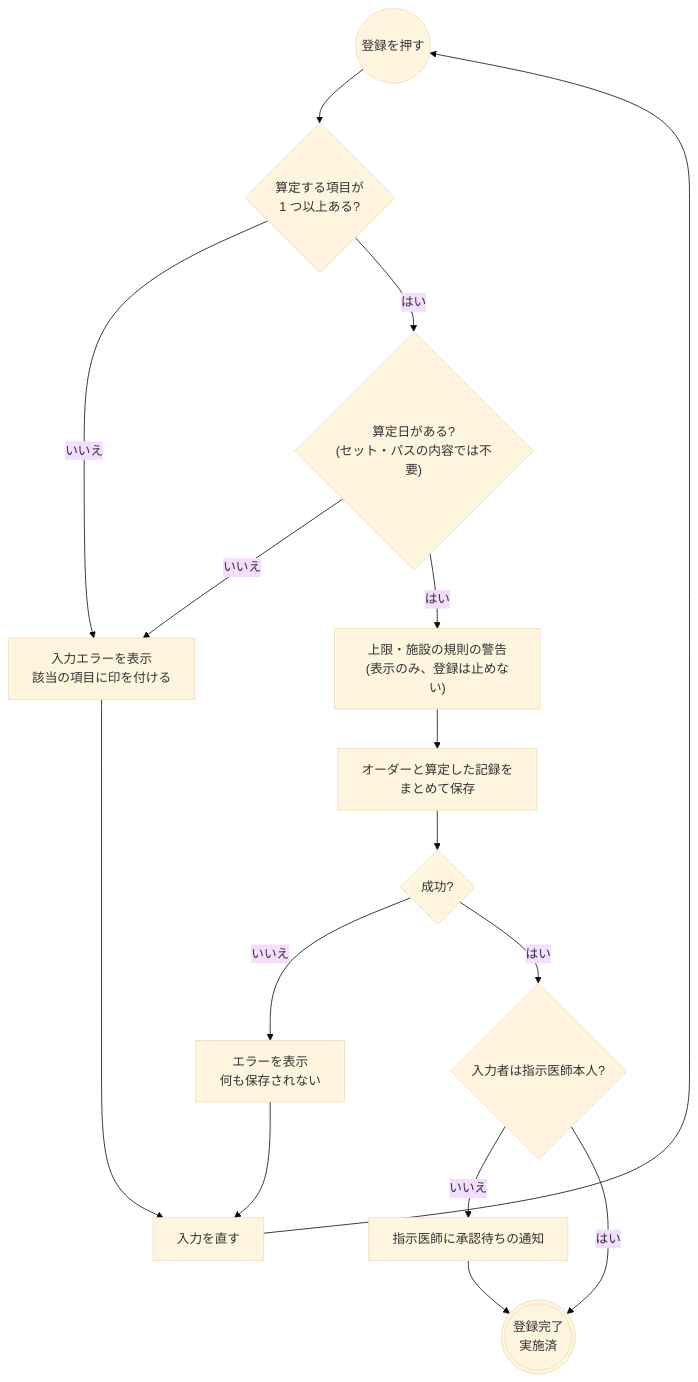
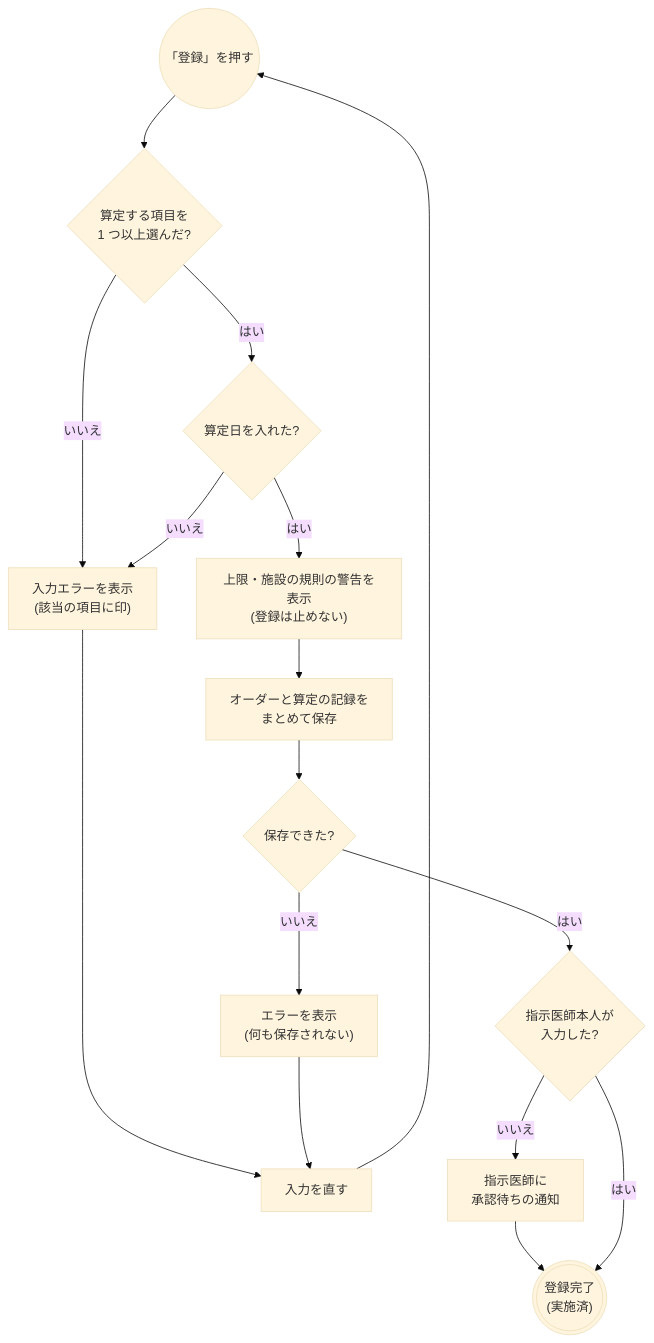
One commit to ysnr-dev/fhir-client-docs changed the second of 4 diagrams in docs/flows/medical-management.md. Above: the diagram before and after it, drawn with Mermaid (base theme). The commit also changed other lines of this file and 43 other files, not shown here.

Commit message:
docs: 業務フローとシーケンス図を写し直し

````diff
--- a/docs/flows/medical-management.md
+++ b/docs/flows/medical-management.md
@@ -90,26 +59,26 @@
 ```mermaid
 flowchart TD
-  submit(("登録を押す"))
-  lines{"算定する項目が<br/>1 つ以上ある?"}
-  date{"算定日がある?<br/>(セット・パスの内容では不要)"}
-  error["入力エラーを表示<br/>該当の項目に印を付ける"]
-  warn["上限・施設の規則の警告<br/>(表示のみ、登録は止めない)"]
-  send["オーダーと算定した記録を<br/>まとめて保存"]
-  result{"成功?"}
-  failed["エラーを表示<br/>何も保存されない"]
-  proxy{"入力者は指示医師本人?"}
-  approval["指示医師に承認待ちの通知"]
-  done((("登録完了<br/>実施済")))
+  submit(("「登録」を押す"))
+  lines{"算定する項目を<br/>1 つ以上選んだ?"}
+  date{"算定日を入れた?"}
+  error["入力エラーを表示<br/>(該当の項目に印)"]
   fix["入力を直す"]
+  warn["上限・施設の規則の警告を表示<br/>(登録は止めない)"]
+  send["オーダーと算定の記録を<br/>まとめて保存"]
+  result{"保存できた?"}
+  failed["エラーを表示<br/>(何も保存されない)"]
+  proxy{"指示医師本人が<br/>入力した?"}
+  approval["指示医師に<br/>承認待ちの通知"]
+  done((("登録完了<br/>(実施済)")))
 
   submit --> lines
   lines -- "いいえ" --> error
   lines -- "はい" --> date
   date -- "いいえ" --> error
   date -- "はい" --> warn --> send --> result
+  error --> fix --> submit
   result -- "いいえ" --> failed --> fix
   result -- "はい" --> proxy
   proxy -- "いいえ" --> approval --> done
   proxy -- "はい" --> done
-  error --> fix --> submit
 ```
````
